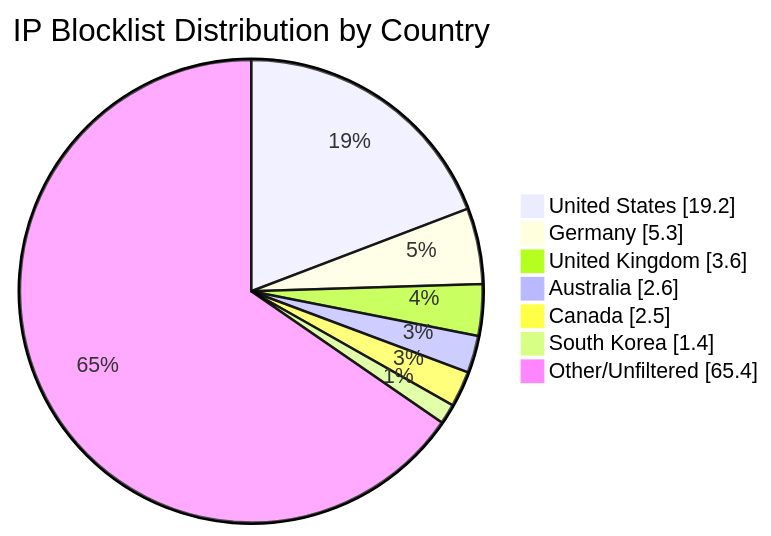
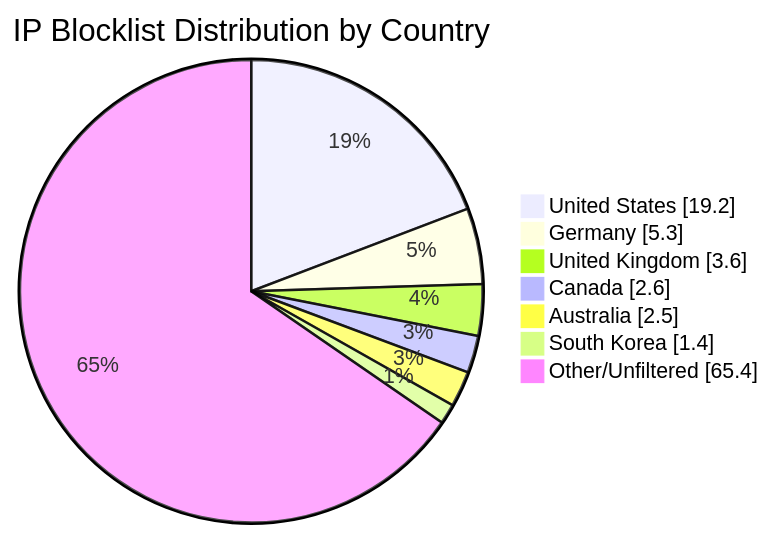
One commit to MarcusHoltz/ipblocklist-geofiltered-aggregator changed the diagram in README.md. Above: the diagram before and after it, drawn with Mermaid. The commit also changed other lines of this file and 9 other files, not shown here.

````diff
--- a/README.md
+++ b/README.md
@@ -34,10 +34,10 @@
 ```mermaid
 pie showData title IP Blocklist Distribution by Country
 "United States" : 19.2
 "Germany" : 5.3
 "United Kingdom" : 3.6
-"Australia" : 2.6
-"Canada" : 2.5
+"Canada" : 2.6
+"Australia" : 2.5
 "South Korea" : 1.4
 "Other/Unfiltered" : 65.4
 ```
````
